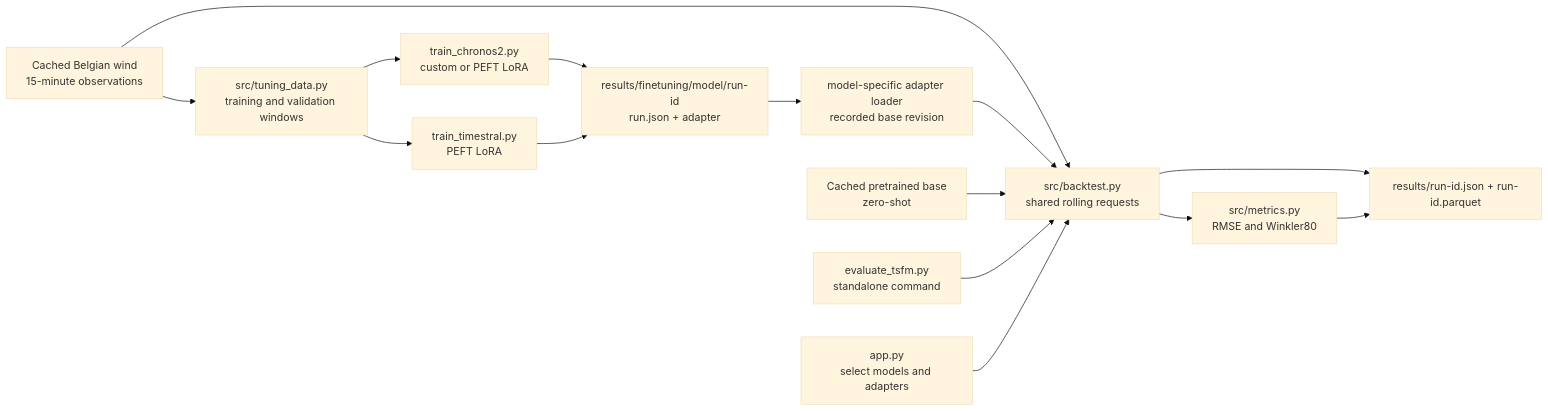
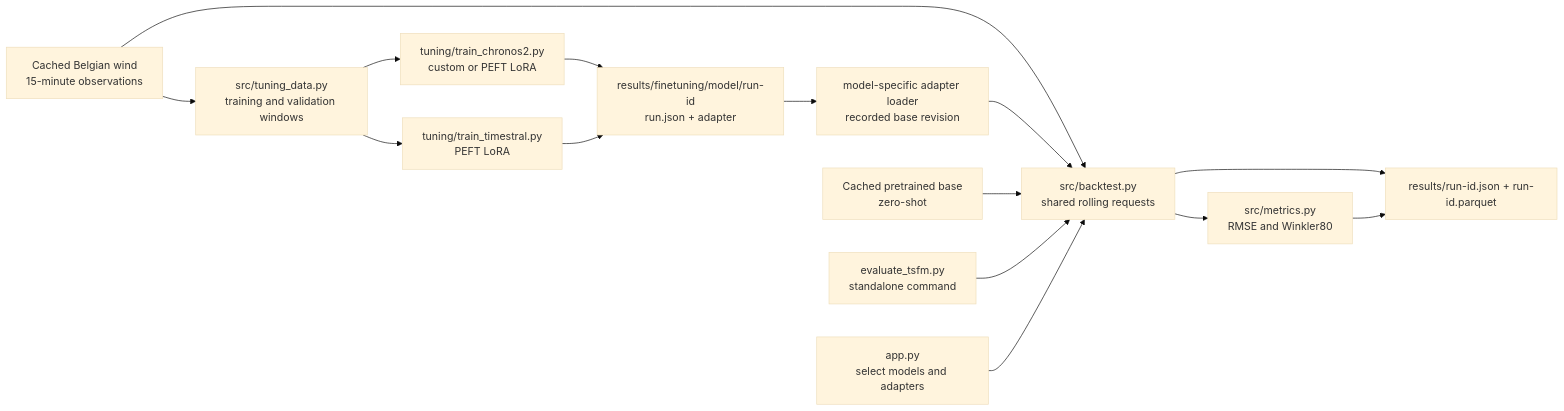
Before and after one commit to MatteoPerfetti/ETHachi-TSFM: the second of 2 diagrams in README.md, drawn with Mermaid (base theme). The commit also changed other lines of this file and 8 other files, not shown here.

````diff
--- a/README.md
+++ b/README.md
@@ -213,17 +213,17 @@
 ```mermaid
 flowchart LR
     W["Cached Belgian wind<br/>15-minute observations"] --> D["src/tuning_data.py<br/>training and validation windows"]
-    D --> C["train_chronos2.py<br/>custom or PEFT LoRA"]
-    D --> T["train_timestral.py<br/>PEFT LoRA"]
+    D --> C["tuning/train_chronos2.py<br/>custom or PEFT LoRA"]
+    D --> T["tuning/train_timestral.py<br/>PEFT LoRA"]
     C --> R["results/finetuning/model/run-id<br/>run.json + adapter"]
     T --> R
     R --> L["model-specific adapter loader<br/>recorded base revision"]
     W --> E["src/backtest.py<br/>shared rolling requests"]
     L --> E
     B["Cached pretrained base<br/>zero-shot"] --> E
     CLI["evaluate_tsfm.py<br/>standalone command"] --> E
     UI["app.py<br/>select models and adapters"] --> E
     E --> M["src/metrics.py<br/>RMSE and Winkler80"]
     E --> O["results/run-id.json + run-id.parquet"]
     M --> O
 ```
````
